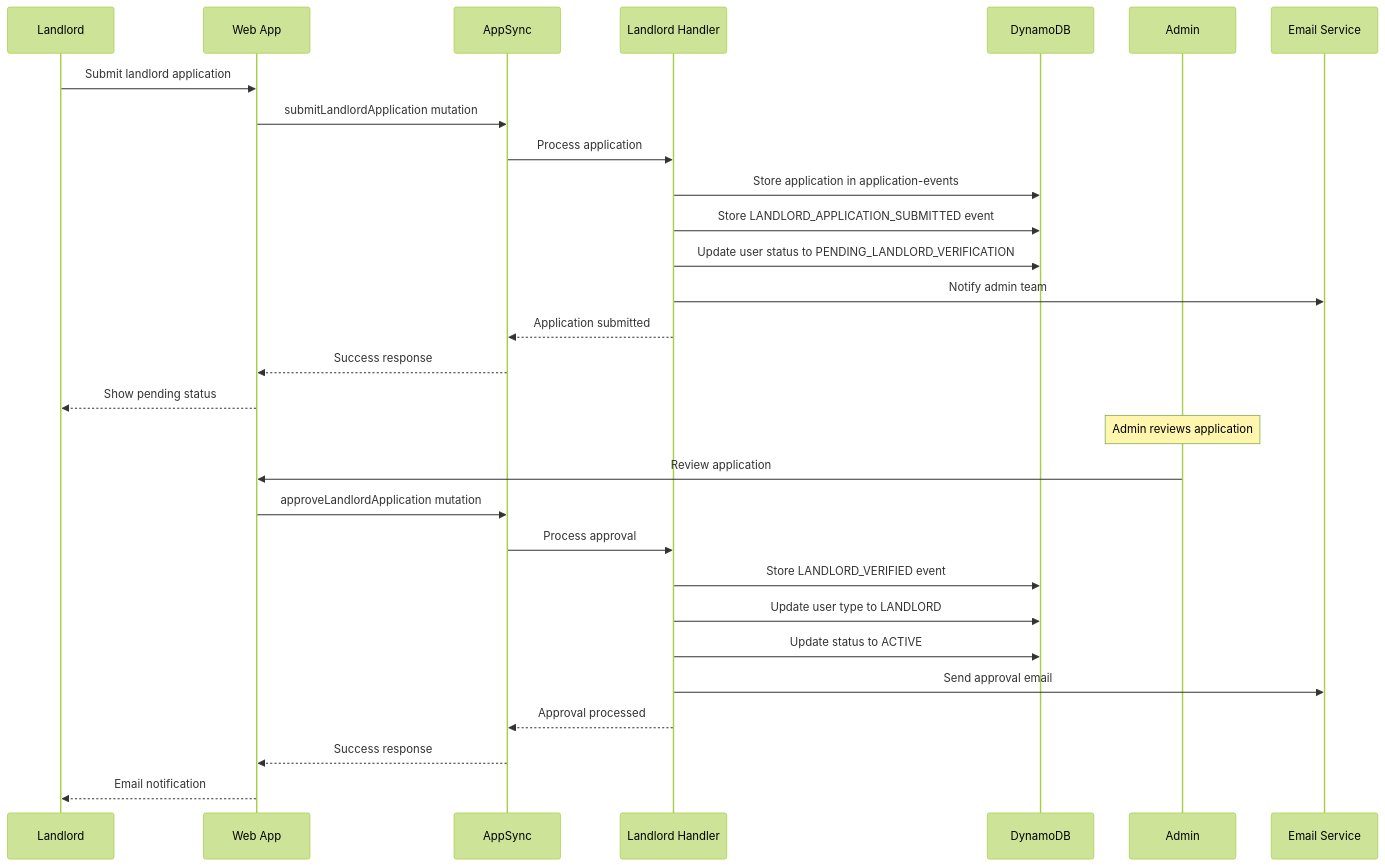
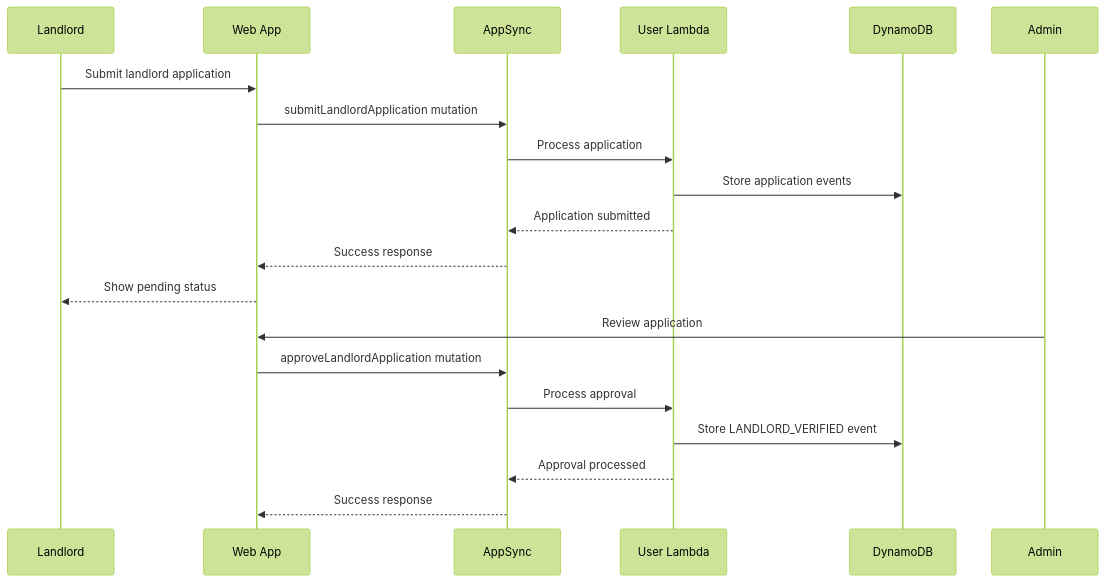
The third of 3 diagrams in user.md (makoye224/nestDocs), drawn with Mermaid (forest theme) before and after one commit. The commit also changed other lines of this file, not shown here.

Commit message:
simply user diagram

````diff
--- a/user.md
+++ b/user.md
@@ -142,33 +152,24 @@
 ```mermaid
 sequenceDiagram
     participant L as Landlord
     participant W as Web App
     participant A as AppSync
-    participant LH as Landlord Handler
+    participant UL as User Lambda
     participant D as DynamoDB
     participant AD as Admin
-    participant E as Email Service
 
     L->>W: Submit landlord application
     W->>A: submitLandlordApplication mutation
-    A->>LH: Process application
-    LH->>D: Store application in application-events
-    LH->>D: Store LANDLORD_APPLICATION_SUBMITTED event
-    LH->>D: Update user status to PENDING_LANDLORD_VERIFICATION
-    LH->>E: Notify admin team
-    LH-->>A: Application submitted
+    A->>UL: Process application
+    UL->>D: Store application events
+    UL-->>A: Application submitted
     A-->>W: Success response
     W-->>L: Show pending status
 
-    Note over AD: Admin reviews application
     AD->>W: Review application
     W->>A: approveLandlordApplication mutation
-    A->>LH: Process approval
-    LH->>D: Store LANDLORD_VERIFIED event
-    LH->>D: Update user type to LANDLORD
-    LH->>D: Update status to ACTIVE
-    LH->>E: Send approval email
-    LH-->>A: Approval processed
+    A->>UL: Process approval
+    UL->>D: Store LANDLORD_VERIFIED event
+    UL-->>A: Approval processed
     A-->>W: Success response
-    W-->>L: Email notification
 ```
````
